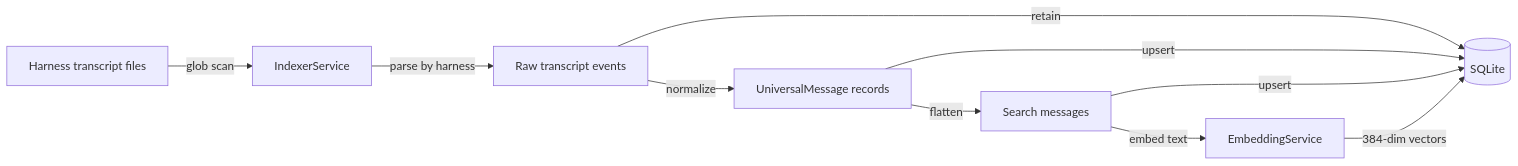
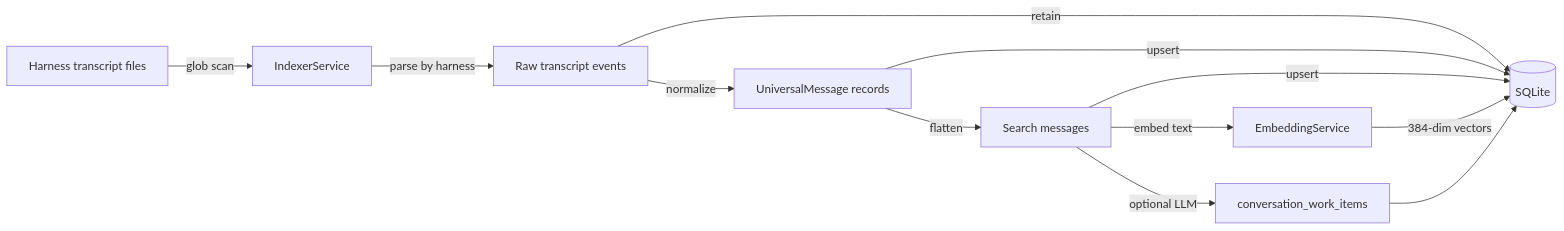
The first of 2 diagrams in docs/arch/data-flow.md (the-robot-lives/llm-toolkit), drawn with Mermaid before and after one commit. The commit also changed other lines of this file and 10 other files, not shown here.

````diff
--- a/docs/arch/data-flow.md
+++ b/docs/arch/data-flow.md
@@ -5,12 +5,14 @@
 ```mermaid
 flowchart LR
     A["Harness transcript files"] -->|glob scan| B[IndexerService]
     B -->|parse by harness| C[Raw transcript events]
     C -->|normalize| U[UniversalMessage records]
     U -->|flatten| M[Search messages]
     C -->|retain| D[(SQLite)]
     U -->|upsert| D
     M -->|upsert| D
     M -->|embed text| E[EmbeddingService]
     E -->|384-dim vectors| D
+    M -->|optional LLM| W[conversation_work_items]
+    W --> D
 ```
````
